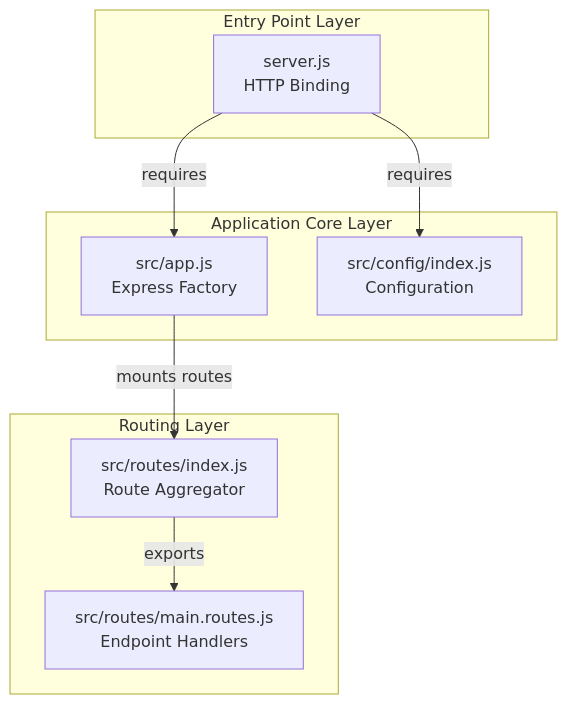
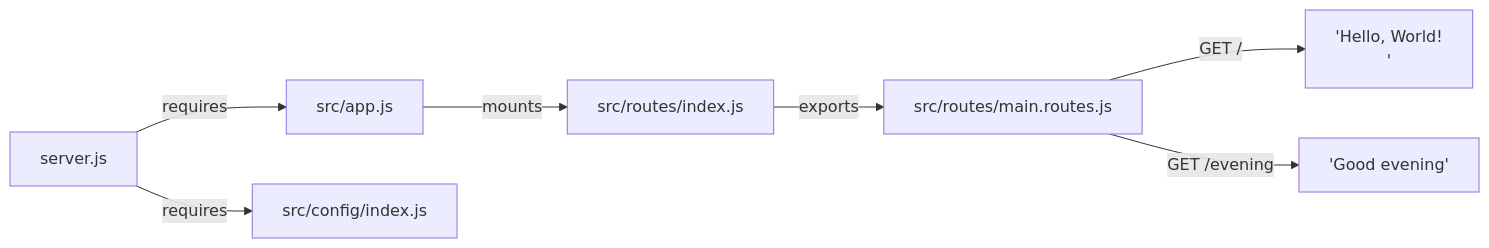
The diagram in blitzy/documentation/Technical Specifications.md (sudhanshu-spec/test-spec), drawn with Mermaid before and after one commit. The commit also changed other lines of this file, not shown here.

````diff
--- a/blitzy/documentation/Technical Specifications.md
+++ b/blitzy/documentation/Technical Specifications.md
@@ -243,21 +45,9 @@
 ```mermaid
-flowchart TB
-    subgraph EntryLayer["Entry Point Layer"]
-        ServerJS["server.js\nHTTP Binding"]
-    end
-    
-    subgraph CoreLayer["Application Core Layer"]
-        AppJS["src/app.js\nExpress Factory"]
-        ConfigJS["src/config/index.js\nConfiguration"]
-    end
-    
-    subgraph RouteLayer["Routing Layer"]
-        RouteIndex["src/routes/index.js\nRoute Aggregator"]
-        MainRoutes["src/routes/main.routes.js\nEndpoint Handlers"]
-    end
-    
-    ServerJS -->|"requires"| AppJS
-    ServerJS -->|"requires"| ConfigJS
-    AppJS -->|"mounts routes"| RouteIndex
-    RouteIndex -->|"exports"| MainRoutes
+graph LR
+    A[server.js] -->|requires| B[src/app.js]
+    A -->|requires| C[src/config/index.js]
+    B -->|mounts| D[src/routes/index.js]
+    D -->|exports| E[src/routes/main.routes.js]
+    E -->|GET /| F["'Hello, World!\n'"]
+    E -->|GET /evening| G["'Good evening'"]
 ```
````
